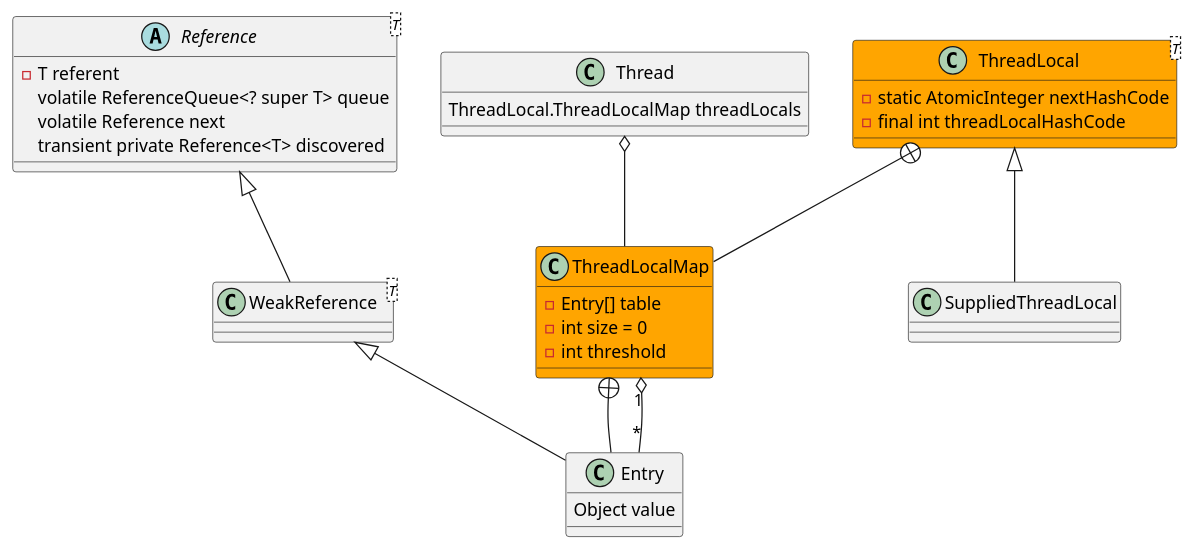
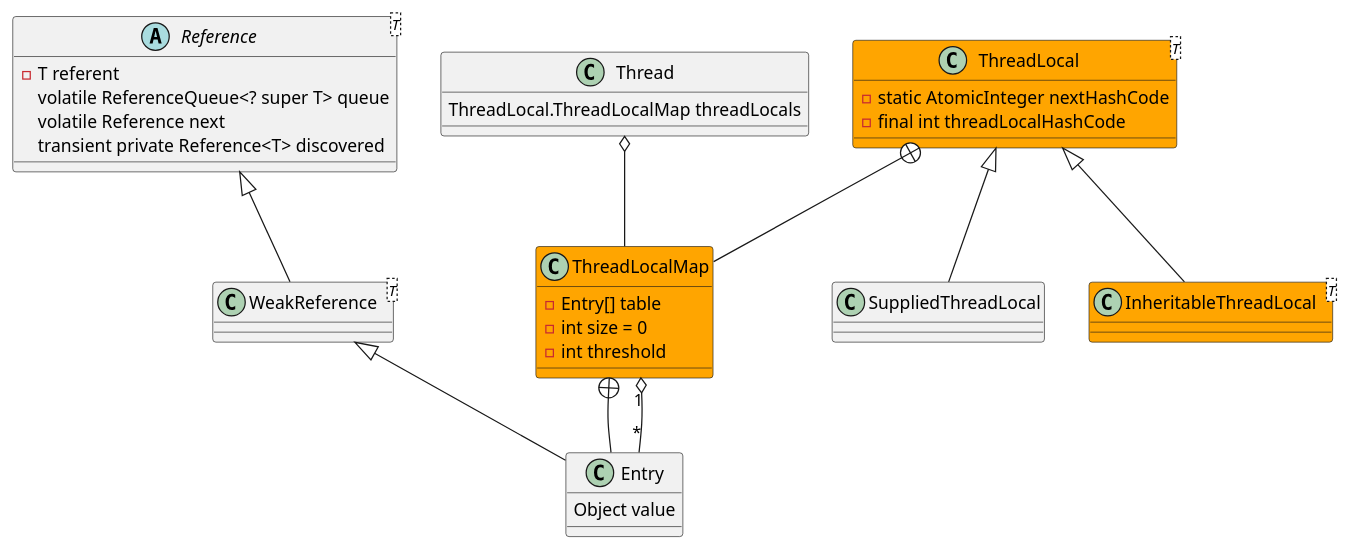
Before and after one commit to onlyonion/development: the diagram in 10-java/src/rt.jar.src/java/lang/ThreadLocal.md, drawn with PlantUML. The commit also changed other lines of this file and 73 other files, not shown here.

````diff
--- a/10-java/src/rt.jar.src/java/lang/ThreadLocal.md
+++ b/10-java/src/rt.jar.src/java/lang/ThreadLocal.md
@@ -8,44 +16,49 @@
 ```plantuml
 @startuml
 
 class Thread {
     ThreadLocal.ThreadLocalMap threadLocals
 }
 Thread o-- ThreadLocalMap
 
+'''''''''''''''''''ThreadLocal-InheritableThreadLocal''''''''''''''''''''''''
 class ThreadLocal<T> #orange {
     - static AtomicInteger nextHashCode
     - final int threadLocalHashCode
 }
 
 ThreadLocal +-- ThreadLocalMap
 ThreadLocal ^-- SuppliedThreadLocal
+
+class InheritableThreadLocal<T> #orange
+ThreadLocal ^-- InheritableThreadLocal
+
 
 '''''''''''''''''''ThreadLocalMap''''''''''''''''''''''''
 class ThreadLocalMap #orange {
     - Entry[] table
     - int size = 0
     - int threshold
 }
 
 ThreadLocalMap +-- Entry
 ThreadLocalMap "1" o-- "*" Entry
 
 '''''''''''''''''''Entry''''''''''''''''''''''''
 abstract class Reference<T> {
     - T referent
     volatile ReferenceQueue<? super T> queue
     volatile Reference next
     transient private Reference<T> discovered
 }
 
 class WeakReference<T>
 class Entry {
     Object value
 }
 
 Reference ^-- WeakReference
 WeakReference ^-- Entry
 
 @enduml
 ```
````
